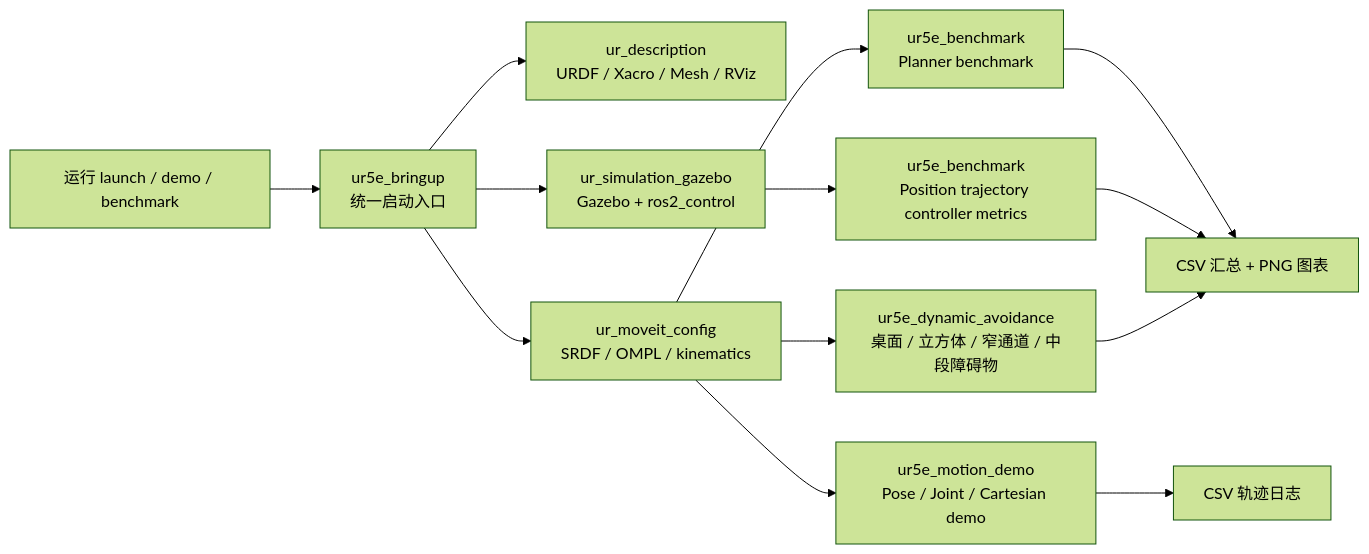
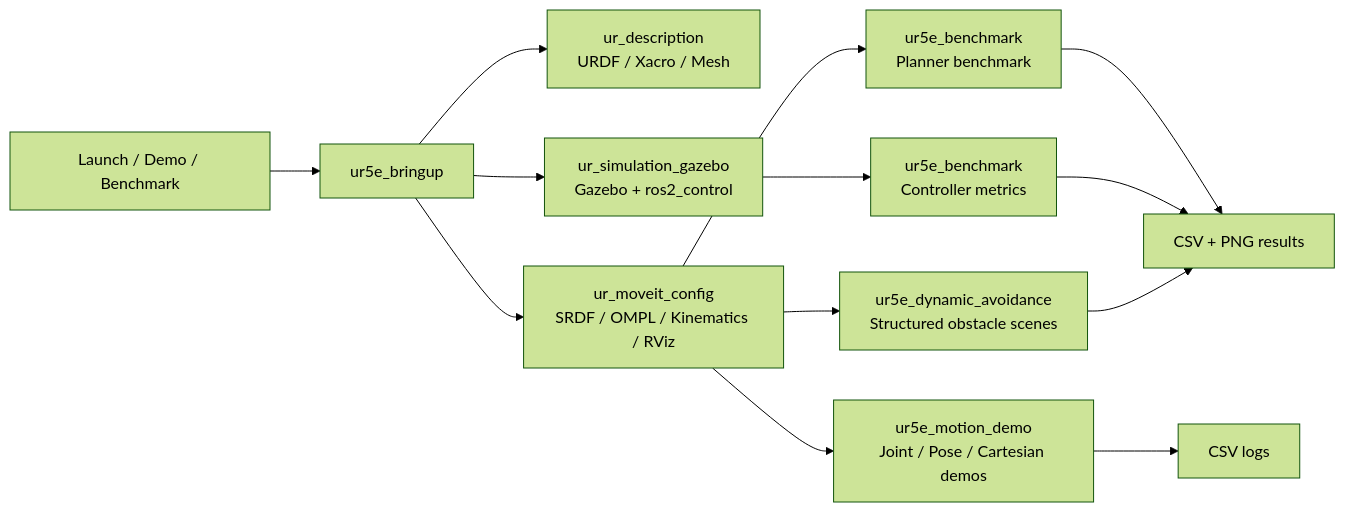
Before and after one commit to blinl6467-byte/ROS2-moveit2-ros_control-UR5e-: the diagram in README.md, drawn with Mermaid (forest theme). The commit also changed other lines of this file and 5 other files, not shown here.

````diff
--- a/README.md
+++ b/README.md
@@ -22,18 +30,18 @@
 ```mermaid
 flowchart LR
-  User[运行 launch / demo / benchmark] --> Bringup[ur5e_bringup<br/>统一启动入口]
+  User[Launch / Demo / Benchmark] --> Bringup[ur5e_bringup]
 
-  Bringup --> Description[ur_description<br/>URDF / Xacro / Mesh / RViz]
+  Bringup --> Description[ur_description<br/>URDF / Xacro / Mesh]
   Bringup --> Gazebo[ur_simulation_gazebo<br/>Gazebo + ros2_control]
-  Bringup --> MoveIt[ur_moveit_config<br/>SRDF / OMPL / kinematics]
+  Bringup --> MoveIt[ur_moveit_config<br/>SRDF / OMPL / Kinematics / RViz]
 
-  MoveIt --> Demo[ur5e_motion_demo<br/>Pose / Joint / Cartesian demo]
+  MoveIt --> Demo[ur5e_motion_demo<br/>Joint / Pose / Cartesian demos]
   MoveIt --> PlannerBench[ur5e_benchmark<br/>Planner benchmark]
-  Gazebo --> ControlBench[ur5e_benchmark<br/>Position trajectory controller metrics]
-  MoveIt --> Avoidance[ur5e_dynamic_avoidance<br/>桌面 / 立方体 / 窄通道 / 中段障碍物]
+  Gazebo --> ControlBench[ur5e_benchmark<br/>Controller metrics]
+  MoveIt --> Avoidance[ur5e_dynamic_avoidance<br/>Structured obstacle scenes]
 
-  Demo --> Logs[CSV 轨迹日志]
-  PlannerBench --> Results[CSV 汇总 + PNG 图表]
+  Demo --> Logs[CSV logs]
+  PlannerBench --> Results[CSV + PNG results]
   ControlBench --> Results
   Avoidance --> Results
 ```
````
